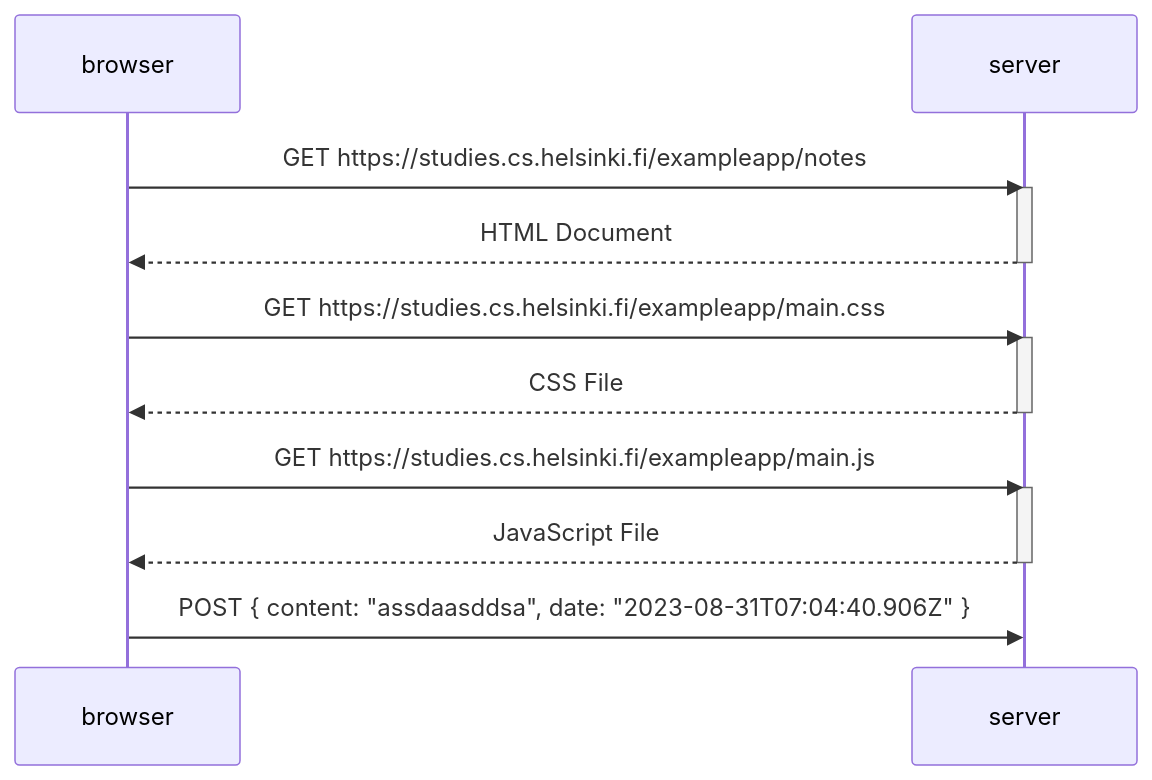
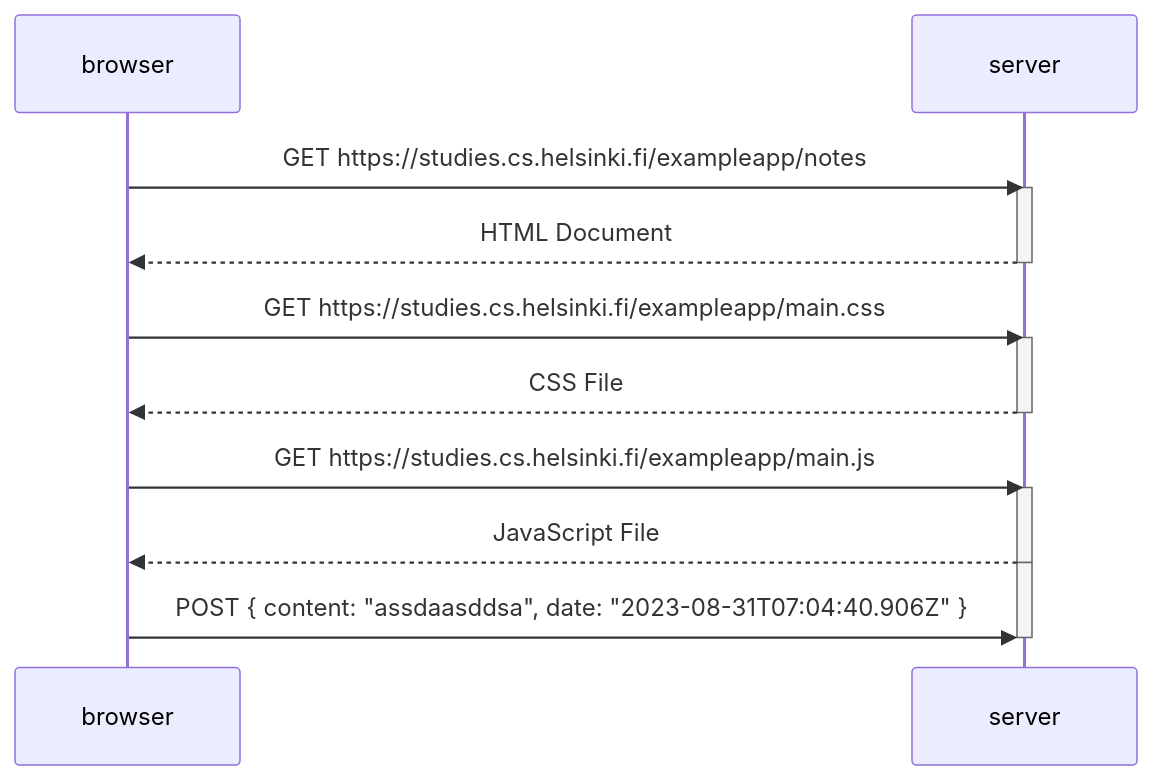
Before and after one commit to valtteriper/FullstackOpen: the diagram in part_0_4.md, drawn with Mermaid.

````diff
--- a/part_0_4.md
+++ b/part_0_4.md
@@ -1,23 +1,25 @@
 ```mermaid
 sequenceDiagram
     participant browser
     participant server
     
     browser->>server: GET https://studies.cs.helsinki.fi/exampleapp/notes
     activate server
     server-->>browser: HTML Document
     deactivate server
 
     browser->>server: GET https://studies.cs.helsinki.fi/exampleapp/main.css
     activate server
     server-->>browser: CSS File
     deactivate server
 
     browser->>server: GET https://studies.cs.helsinki.fi/exampleapp/main.js
     activate server
     server-->>browser: JavaScript File
     deactivate server
 
+    activate server
     browser->>server: POST { content: "assdaasddsa", date: "2023-08-31T07:04:40.906Z" }
+    deactivate server
 
 ```
````
